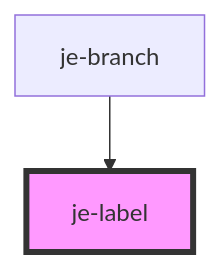
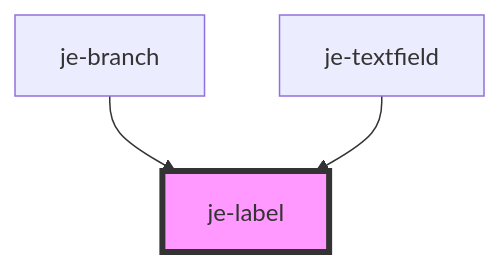
Before and after one commit to pgreen00/jebamo: the diagram in packages/docs/docs/components/je-label/readme.md, drawn with Mermaid. The commit also changed other lines of this file and 20 other files, not shown here.

````diff
--- a/packages/docs/docs/components/je-label/readme.md
+++ b/packages/docs/docs/components/je-label/readme.md
@@ -15,5 +31,6 @@
 ```mermaid
 graph TD;
   je-branch --> je-label
+  je-textfield --> je-label
   style je-label fill:#f9f,stroke:#333,stroke-width:4px
 ```
````
